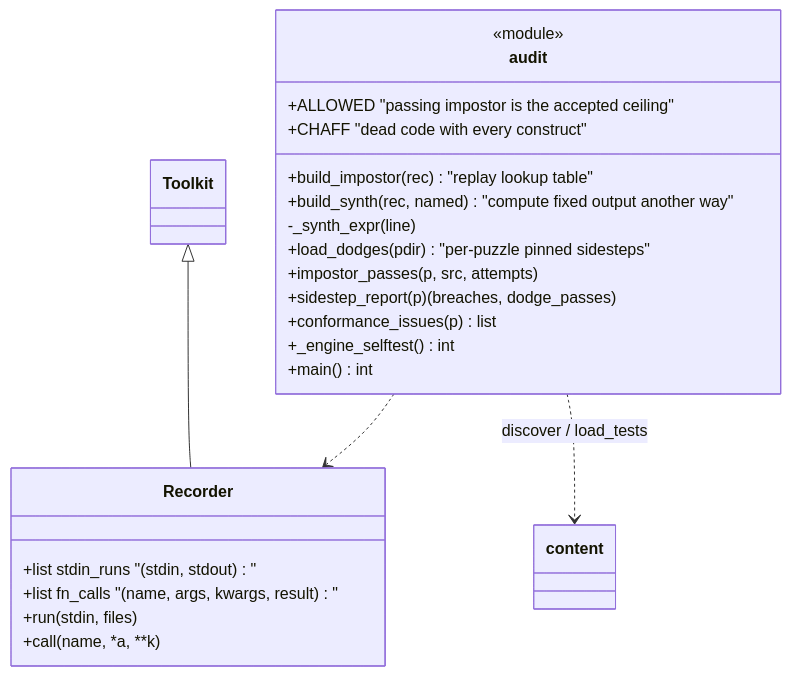
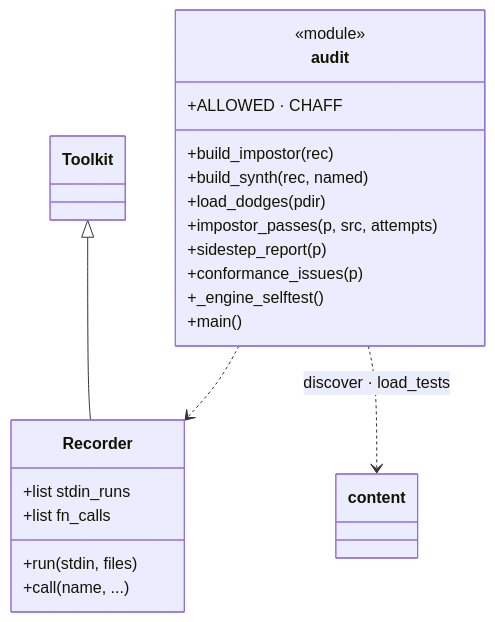
Before and after one commit to N041M/PyQuest: the second of 6 diagrams in docs/architecture/audit.md, drawn with Mermaid. The commit also changed other lines of this file and 5 other files, not shown here.

First line of the commit message:
Polish architecture diagrams; add puzzle-consumption view

````diff
--- a/docs/architecture/audit.md
+++ b/docs/architecture/audit.md
@@ -32,28 +32,26 @@
 ```mermaid
 classDiagram
     class Toolkit
     class Recorder {
-        +list stdin_runs  "(stdin, stdout)"
-        +list fn_calls    "(name, args, kwargs, result)"
+        +list stdin_runs
+        +list fn_calls
         +run(stdin, files)
-        +call(name, *a, **k)
+        +call(name, ...)
     }
     Toolkit <|-- Recorder
 
     class audit {
         <<module>>
-        +ALLOWED  "passing impostor is the accepted ceiling"
-        +CHAFF    "dead code with every construct"
-        +build_impostor(rec)  "replay lookup table"
-        +build_synth(rec, named)  "compute fixed output another way"
-        -_synth_expr(line)
-        +load_dodges(pdir)  "per-puzzle pinned sidesteps"
+        +ALLOWED · CHAFF
+        +build_impostor(rec)
+        +build_synth(rec, named)
+        +load_dodges(pdir)
         +impostor_passes(p, src, attempts)
-        +sidestep_report(p) (breaches, dodge_passes)
-        +conformance_issues(p) list
-        +_engine_selftest() int
-        +main() int
+        +sidestep_report(p)
+        +conformance_issues(p)
+        +_engine_selftest()
+        +main()
     }
     audit ..> Recorder
-    audit ..> content : discover / load_tests
+    audit ..> content : discover · load_tests
 ```
````
